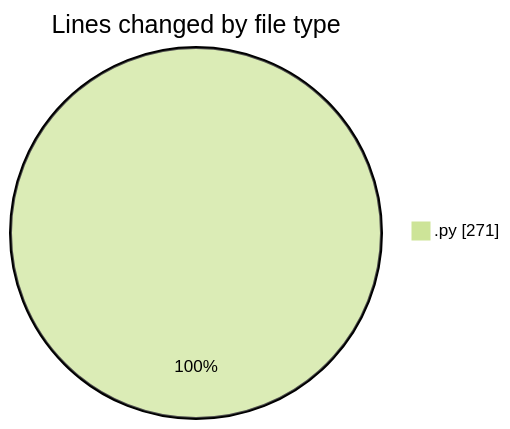
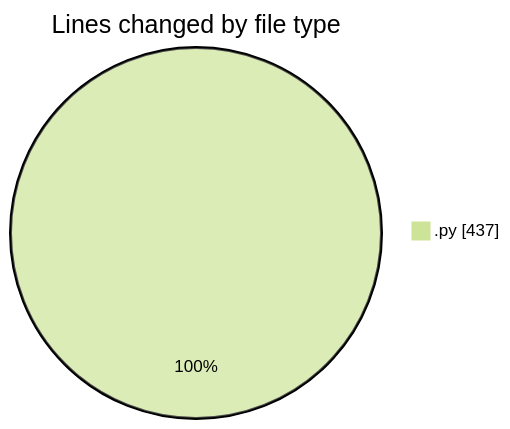
Before and after one commit to julien-gomy/code-tracking: the first of 2 diagrams in 2025-11-21/eventscop-api-guide__workspace_/README.md, drawn with Mermaid (forest theme). The commit also changed other lines of this file and 1 other file, not shown here.

````diff
--- a/2025-11-21/eventscop-api-guide__workspace_/README.md
+++ b/2025-11-21/eventscop-api-guide__workspace_/README.md
@@ -24,5 +26,5 @@
 ```mermaid
 pie showData
 title Lines changed by file type
-".py" : 271
+".py" : 437
 ```
````
